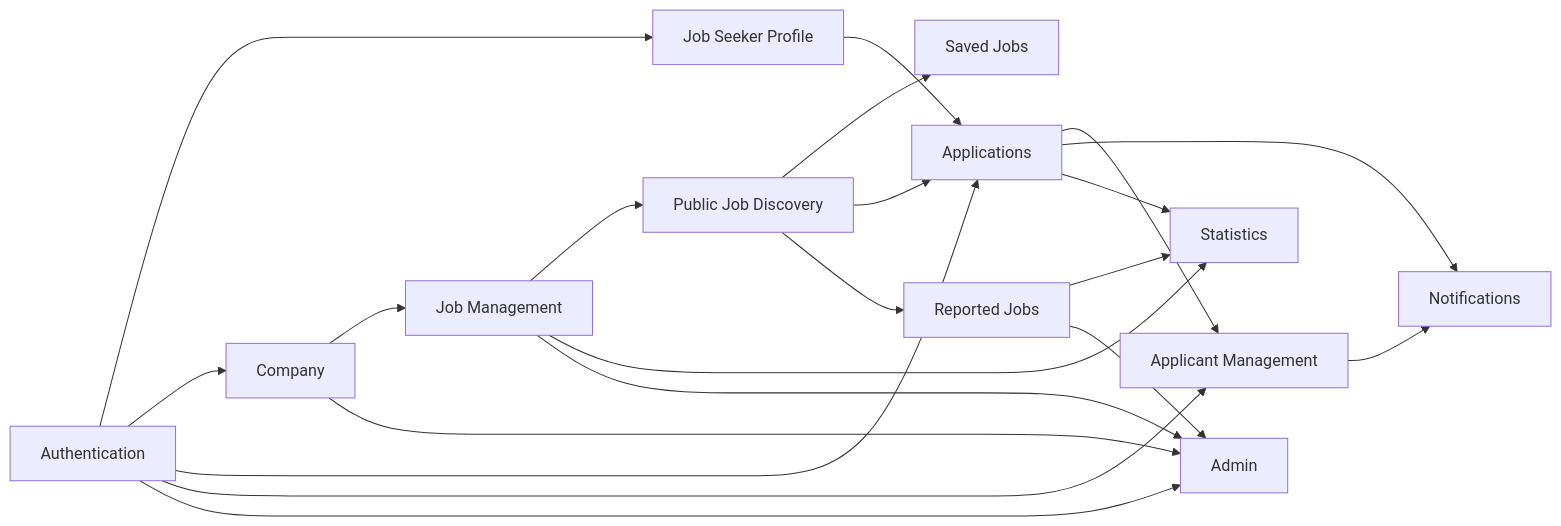
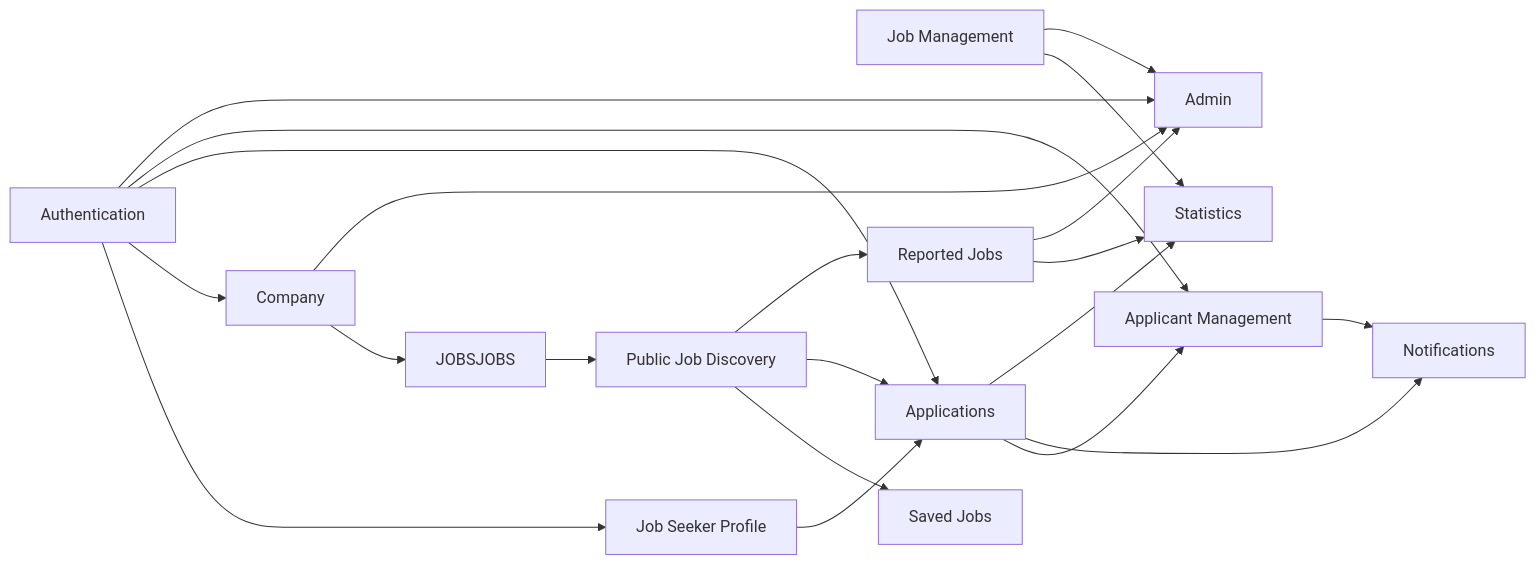
Before and after one commit to Disura1/onWork_1: the fifth of 7 diagrams in README.md, drawn with Mermaid. The commit also changed other lines of this file, not shown here.

````diff
--- a/README.md
+++ b/README.md
@@ -2978,43 +3105,42 @@
 ```mermaid
 flowchart LR
 
     AUTH["Authentication"]
     PROFILE["Job Seeker Profile"]
     COMPANY["Company"]
     JOBS["Job Management"]
     PUBLIC["Public Job Discovery"]
     SAVED["Saved Jobs"]
     APPS["Applications"]
     APPLICANTS["Applicant Management"]
     NOTIFY["Notifications"]
     STATS["Statistics"]
     REPORTS["Reported Jobs"]
     ADMIN["Admin"]
 
     AUTH --> PROFILE
     AUTH --> COMPANY
     AUTH --> APPS
     AUTH --> APPLICANTS
     AUTH --> ADMIN
 
-    COMPANY --> JOBS
-    JOBS --> PUBLIC
+    COMPANY --> JOBSJOBS --> PUBLIC
 
     PUBLIC --> SAVED
     PUBLIC --> APPS
     PUBLIC --> REPORTS
 
     PROFILE --> APPS
     APPS --> APPLICANTS
 
     APPS --> NOTIFY
     APPLICANTS --> NOTIFY
 
     APPS --> STATS
     JOBS --> STATS
     REPORTS --> STATS
 
     COMPANY --> ADMIN
     JOBS --> ADMIN
     REPORTS --> ADMIN
 ```
````
